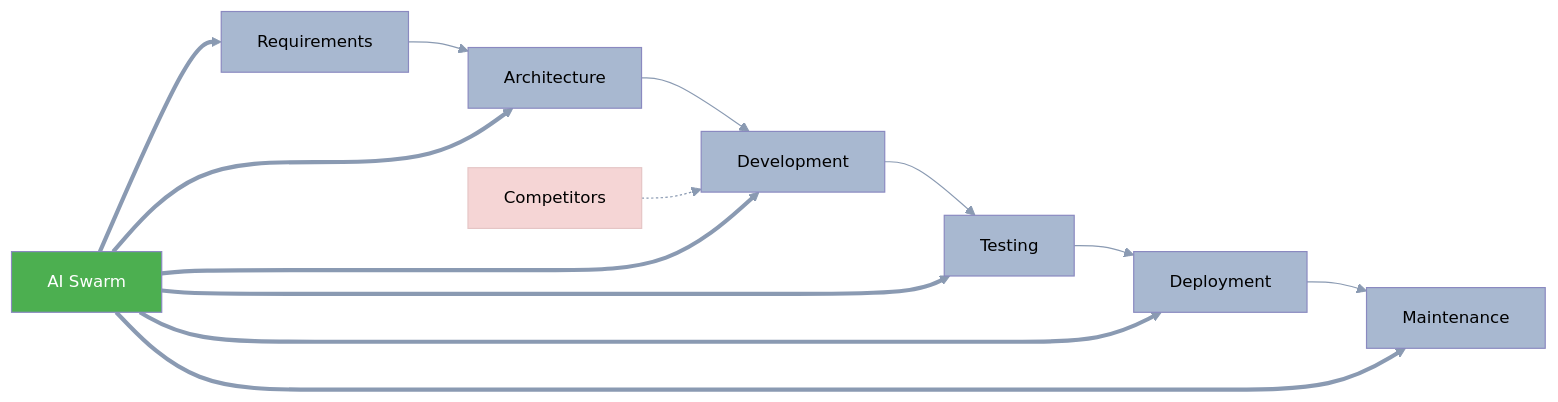
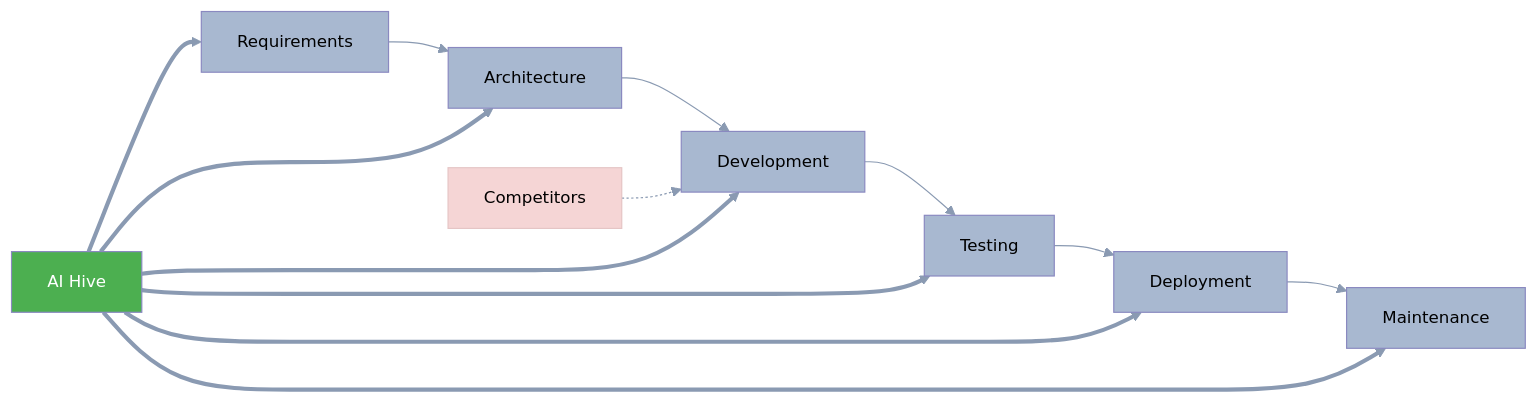
One commit to o2alexanderfedin/AI-Hive-Business-Docs changed the sixth of 8 diagrams in business-documents/market-analysis/05-competitive-landscape.md. Above: the diagram before and after it, drawn with Mermaid. The commit also changed other lines of this file and 22 other files, not shown here.

First line of the commit message:
Replace all references from 'AI Swarm' to 'AI Hive' across project

````diff
--- a/business-documents/market-analysis/05-competitive-landscape.md
+++ b/business-documents/market-analysis/05-competitive-landscape.md
@@ -454,81 +454,81 @@
 ```mermaid
 %%{init: {
   'theme': 'base',
   'themeVariables': {
     'primaryColor': '#A8B8D0',
     'primaryTextColor': '#000000',
     'primaryBorderColor': '#8A9AB2',
     'lineColor': '#8A9AB2',
     'secondaryColor': '#5DBCB6',
     'secondaryTextColor': '#000000',
     'secondaryBorderColor': '#3D9A94',
     'tertiaryColor': '#84D4F5',
     'tertiaryTextColor': '#000000',
     'tertiaryBorderColor': '#5ABCD8',
     'background': '#F5F5F5',
     'mainBkg': '#A8B8D0',
     'secondBkg': '#5DBCB6',
     'tertiaryBkg': '#84D4F5',
     'mainContrastColor': '#000000',
     'darkMode': false,
     'fontFamily': 'Arial, sans-serif',
     'fontSize': '14px',
     'labelBackground': '#E8E8E8',
     'textColor': '#000000',
     'nodeBkg': '#B3B2D8',
     'nodeTextColor': '#000000',
     'nodeBorder': '#8A89C0',
     'clusterBkg': '#E5C4CA',
     'clusterBorder': '#CDA2AB',
     'defaultLinkColor': '#8A9AB2',
     'titleColor': '#000000',
     'edgeLabelBackground': '#F5F5F5',
     'actorBorder': '#8A9AB2',
     'actorBkg': '#B3B2D8',
     'actorTextColor': '#000000',
     'actorLineColor': '#8A9AB2',
     'signalColor': '#000000',
     'signalTextColor': '#000000',
     'activationBorderColor': '#8A9AB2',
     'activationBkgColor': '#E5C4CA',
     'sequenceNumberColor': '#000000',
     'sectionBkgColor': '#FFD54F',
     'altSectionBkgColor': '#FFB74D',
     'sectionBkgColor2': '#E1B3C4',
     'taskBorderColor': '#8A9AB2',
     'taskBkgColor': '#B3B2D8',
     'taskTextColor': '#000000',
     'taskTextLightColor': '#000000',
     'taskTextOutsideColor': '#000000',
     'taskTextClickableColor': '#000000',
     'activeTaskBorderColor': '#A8B8D0',
     'activeTaskBkgColor': '#84D4F5',
     'gridColor': '#C0C0C0',
     'doneTaskBkgColor': '#5DBCB6',
     'doneTaskBorderColor': '#3D9A94',
     'critBorderColor': '#E27D00',
     'critBkgColor': '#FFB74D',
     'todayLineColor': '#E27D00',
     'labelColor': '#000000',
     'errorBkgColor': '#E1B3C4',
     'errorTextColor': '#000000'
   }
 }}%%
 graph LR
     A[Requirements] --> B[Architecture]
     B --> C[Development]
     C --> D[Testing]
     D --> E[Deployment]
     E --> F[Maintenance]
 
     G[Competitors] -.-> C
-    H[AI Swarm] ==> A
+    H[AI Hive] ==> A
     H ==> B
     H ==> C
     H ==> D
     H ==> E
     H ==> F
 
     style G fill:#F5D5D5,stroke:#E5C5C5,color:#000
     style H fill:#4CAF50,color:#fff
 ```
````
